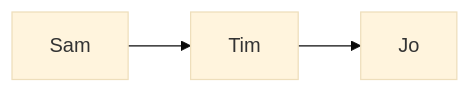
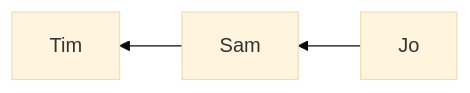
One commit to nsiceret/test_mkdocs changed the third of 3 diagrams in docs/TNSI/01ListesPilesFiles/010Files/01definition.md. Above: the diagram before and after it, drawn with Mermaid (base theme). The commit also changed other lines of this file and 43 other files, not shown here.

````diff
--- a/docs/TNSI/01ListesPilesFiles/010Files/01definition.md
+++ b/docs/TNSI/01ListesPilesFiles/010Files/01definition.md
@@ -34,5 +38,5 @@
-    ``` mermaid
-    graph LR
+    ```mermaid
+    graph RL
       Sam --> Tim;
-      Tim --> Jo;
+      Jo --> Sam;
     ```
````
